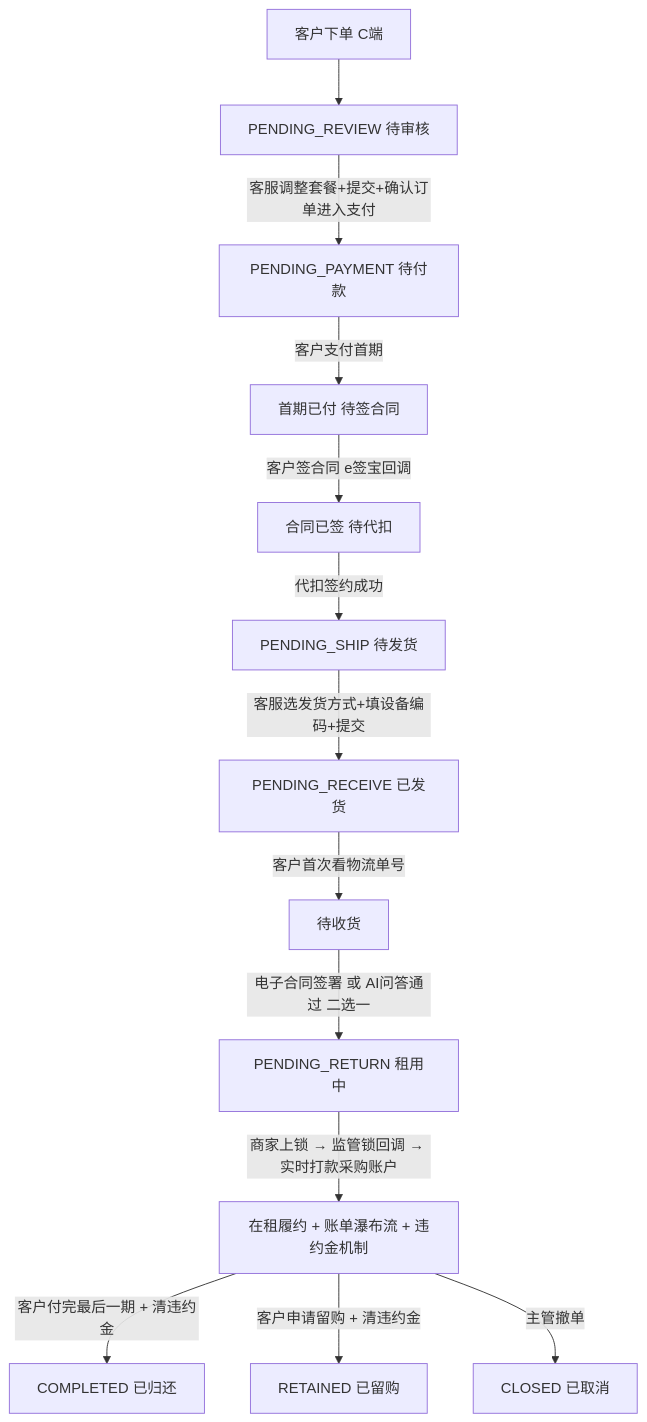
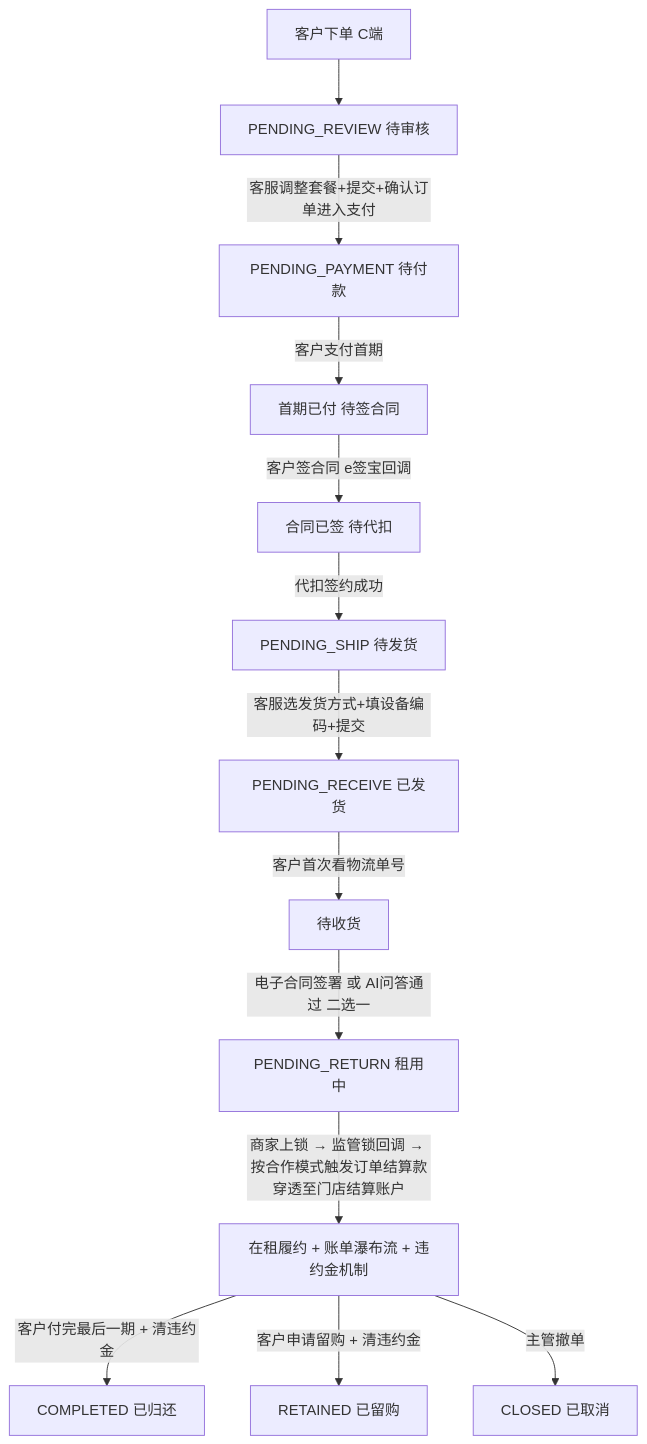
One commit to joezjyan-bot/mandian-prd changed the diagram in PRD/V0.2/modules/运营端/订单管理/08_长租订单全生命周期与客服操作.md. Above: the diagram before and after it, drawn with Mermaid. The commit also changed other lines of this file, not shown here.

````diff
--- a/PRD/V0.2/modules/运营端/订单管理/08_长租订单全生命周期与客服操作.md
+++ b/PRD/V0.2/modules/运营端/订单管理/08_长租订单全生命周期与客服操作.md
@@ -244,15 +265,15 @@
 ```mermaid
 flowchart TD
     A[客户下单 C端] --> B[PENDING_REVIEW 待审核]
     B -->|客服调整套餐+提交+确认订单进入支付| C[PENDING_PAYMENT 待付款]
     C -->|客户支付首期| C1[首期已付 待签合同]
     C1 -->|客户签合同 e签宝回调| C2[合同已签 待代扣]
     C2 -->|代扣签约成功| D[PENDING_SHIP 待发货]
     D -->|客服选发货方式+填设备编码+提交| E[PENDING_RECEIVE 已发货]
     E -->|客户首次看物流单号| E1[待收货]
     E1 -->|电子合同签署 或 AI问答通过 二选一| F[PENDING_RETURN 租用中]
-    F -->|商家上锁 → 监管锁回调 → 实时打款采购账户| G[在租履约 + 账单瀑布流 + 违约金机制]
+    F -->|商家上锁 → 监管锁回调 → 按合作模式触发订单结算款穿透至门店结算账户| G[在租履约 + 账单瀑布流 + 违约金机制]
     G -->|客户付完最后一期 + 清违约金| H1[COMPLETED 已归还]
     G -->|客户申请留购 + 清违约金| H2[RETAINED 已留购]
     G -->|主管撤单| H3[CLOSED 已取消]
 ```
````
